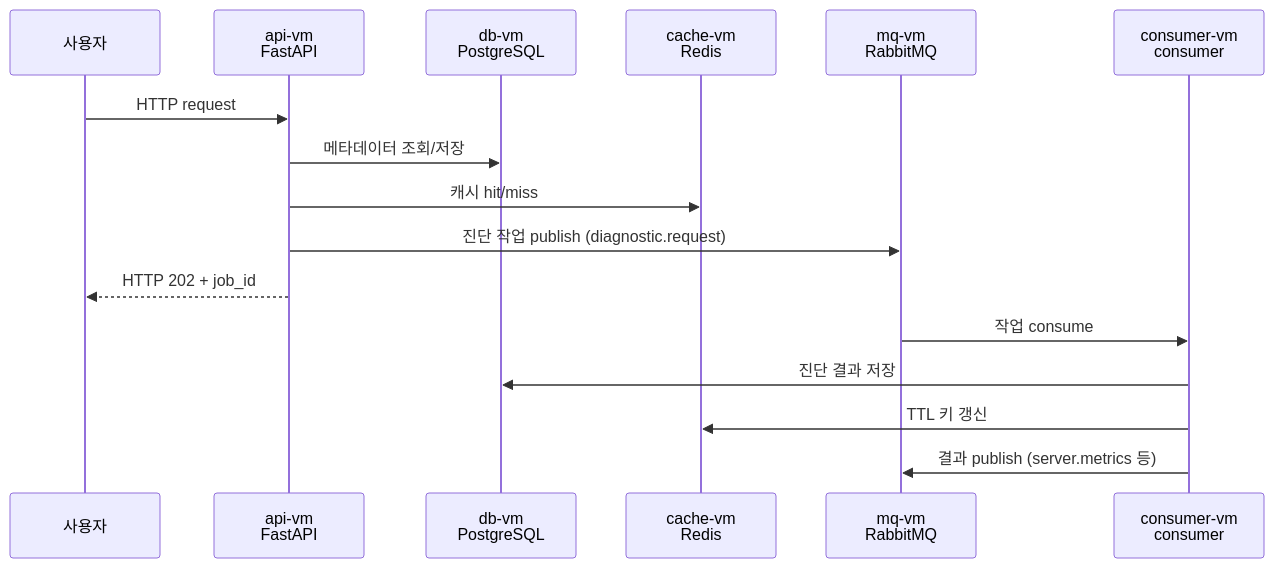
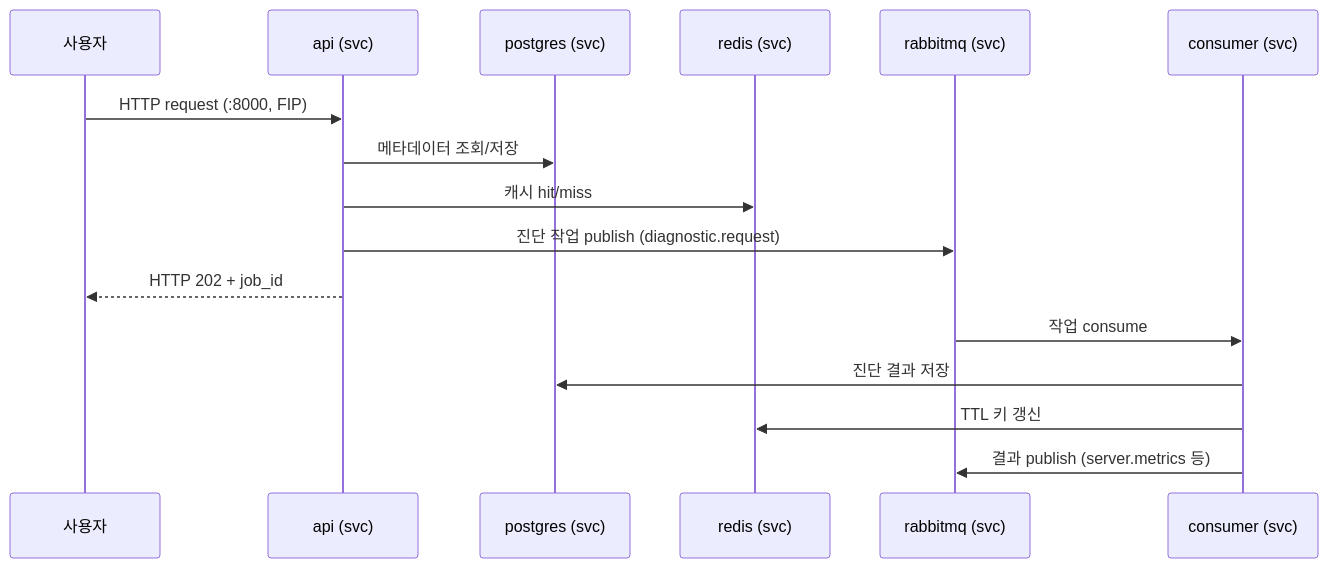
One commit to z-converter-assessment/assessment-infra changed the first of 3 diagrams in docs/architecture/runtime.md. Above: the diagram before and after it, drawn with Mermaid. The commit also changed other lines of this file and 4 other files, not shown here.

First line of the commit message:
docs: 단일 VM+compose 전환을 architecture·CLAUDE.md에 반영 (ADR-0010)

````diff
--- a/docs/architecture/runtime.md
+++ b/docs/architecture/runtime.md
@@ -7,20 +9,20 @@
 ```mermaid
 sequenceDiagram
   participant Client as 사용자
-  participant API as api-vm<br/>FastAPI
-  participant DB as db-vm<br/>PostgreSQL
-  participant Cache as cache-vm<br/>Redis
-  participant MQ as mq-vm<br/>RabbitMQ
-  participant Worker as consumer-vm<br/>consumer
+  participant API as api (svc)
+  participant DB as postgres (svc)
+  participant Cache as redis (svc)
+  participant MQ as rabbitmq (svc)
+  participant Worker as consumer (svc)
 
-  Client->>API: HTTP request
+  Client->>API: HTTP request (:8000, FIP)
   API->>DB: 메타데이터 조회/저장
   API->>Cache: 캐시 hit/miss
   API->>MQ: 진단 작업 publish (diagnostic.request)
   API-->>Client: HTTP 202 + job_id
 
   MQ->>Worker: 작업 consume
   Worker->>DB: 진단 결과 저장
   Worker->>Cache: TTL 키 갱신
   Worker->>MQ: 결과 publish (server.metrics 등)
 ```
````
